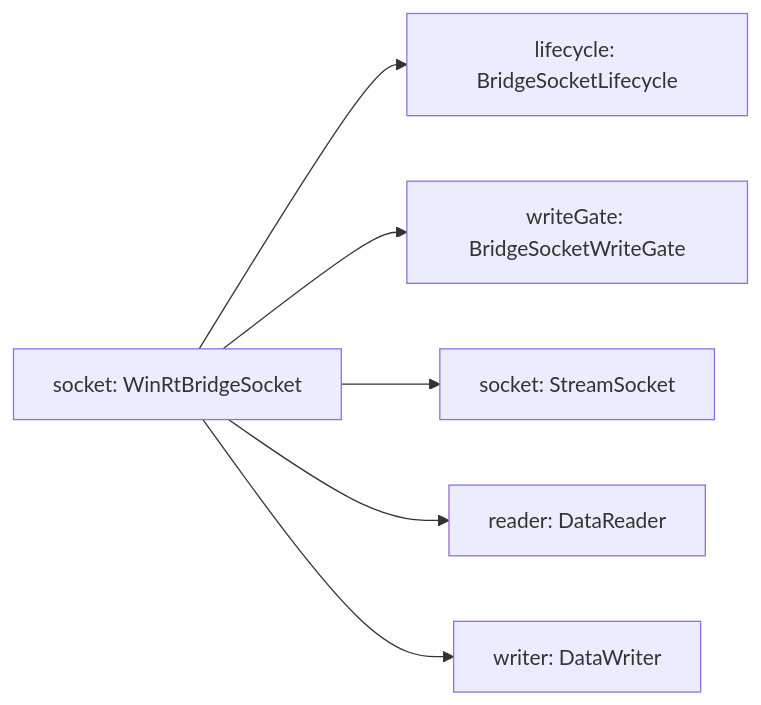
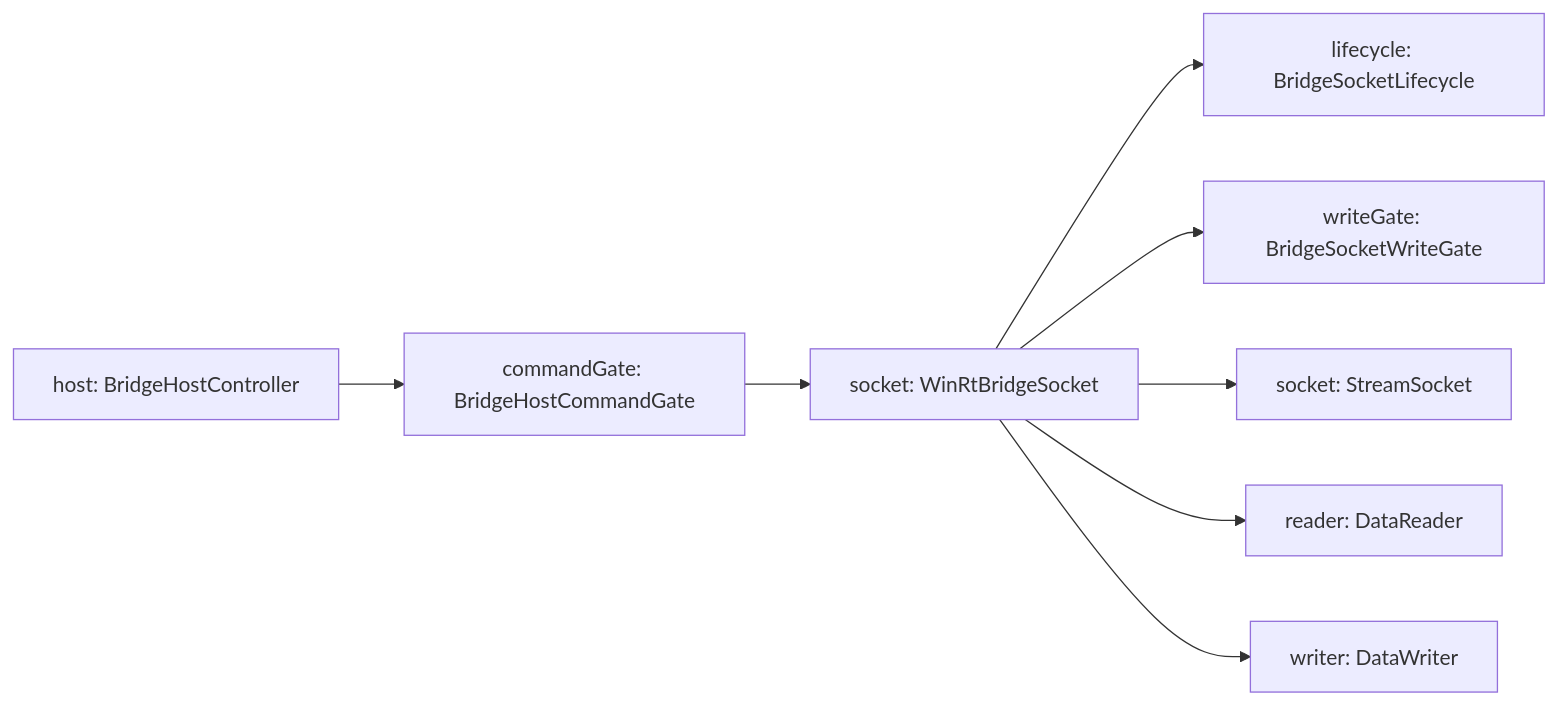
Before and after one commit to aloisiocosta-prof/universal-ssh: the second of 14 diagrams in docs/architecture/uml.md, drawn with Mermaid. The commit also changed other lines of this file and 7 other files, not shown here.

First line of the commit message:
feat(uwp): serialize host bridge commands (#63)

````diff
--- a/docs/architecture/uml.md
+++ b/docs/architecture/uml.md
@@ -14,8 +16,10 @@
 ```mermaid
 flowchart LR
-  socket["socket: WinRtBridgeSocket"] --> lifecycle["lifecycle: BridgeSocketLifecycle"]
+  host["host: BridgeHostController"] --> commandGate["commandGate: BridgeHostCommandGate"]
+  commandGate --> socket["socket: WinRtBridgeSocket"]
+  socket --> lifecycle["lifecycle: BridgeSocketLifecycle"]
   socket --> writeGate["writeGate: BridgeSocketWriteGate"]
   socket --> stream["socket: StreamSocket"]
   socket --> reader["reader: DataReader"]
   socket --> writer["writer: DataWriter"]
 ```
````
